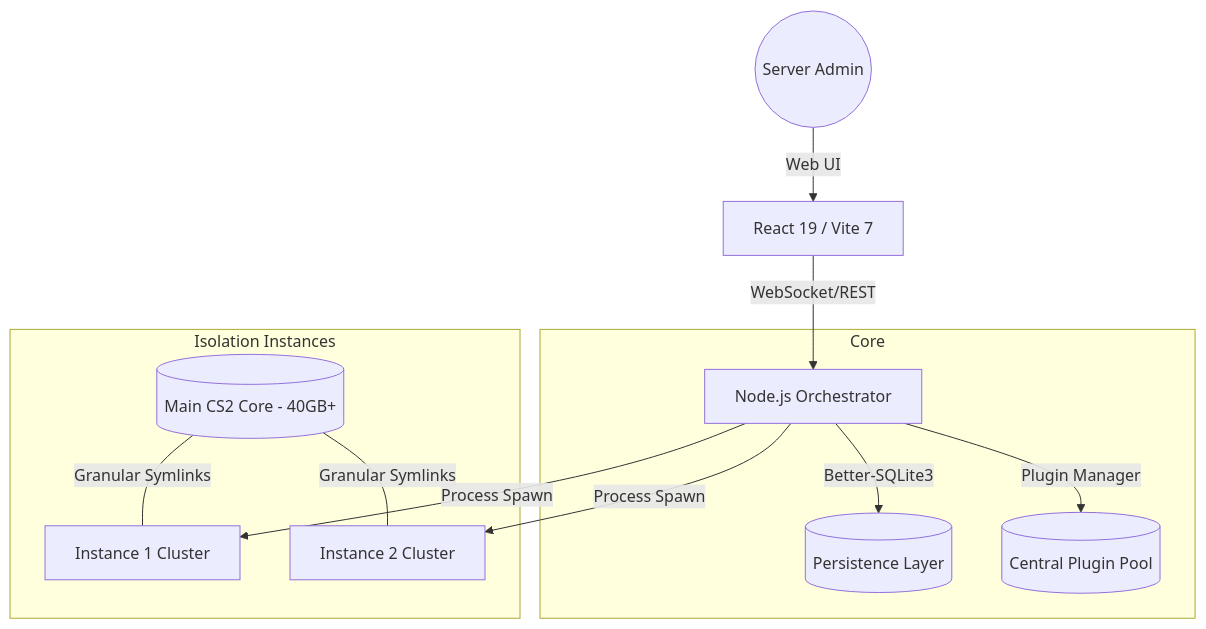
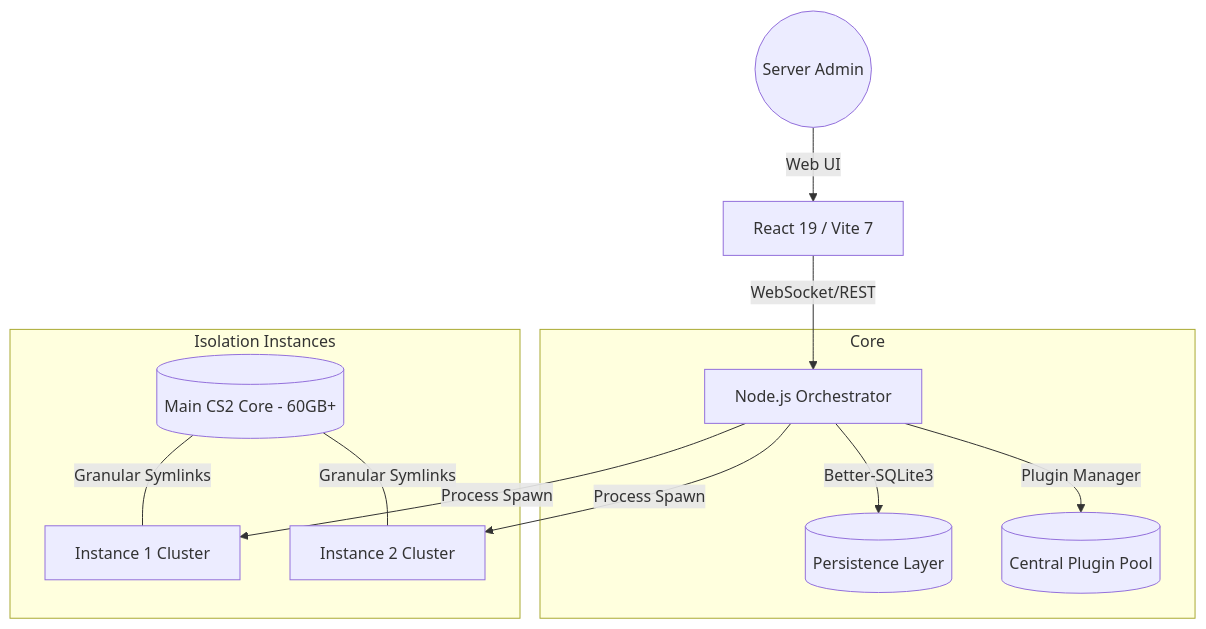
The diagram in README.md (cspamsky/quatrix-cs2), drawn with Mermaid before and after one commit.

````diff
--- a/README.md
+++ b/README.md
@@ -53,17 +53,17 @@
 ```mermaid
 graph TD
     User((Server Admin)) -->|Web UI| FE[React 19 / Vite 7]
     FE -->|WebSocket/REST| BE[Node.js Orchestrator]
     subgraph Core
         BE -->|Better-SQLite3| DB[(Persistence Layer)]
         BE -->|Plugin Manager| Pool[(Central Plugin Pool)]
     end
     subgraph "Isolation Instances"
         Instance1[Instance 1 Cluster]
         Instance2[Instance 2 Cluster]
-        CoreData[(Main CS2 Core - 40GB+)] ---|Granular Symlinks| Instance1
+        CoreData[(Main CS2 Core - 60GB+)] ---|Granular Symlinks| Instance1
         CoreData ---|Granular Symlinks| Instance2
     end
     BE -->|Process Spawn| Instance1
     BE -->|Process Spawn| Instance2
 ```
````
